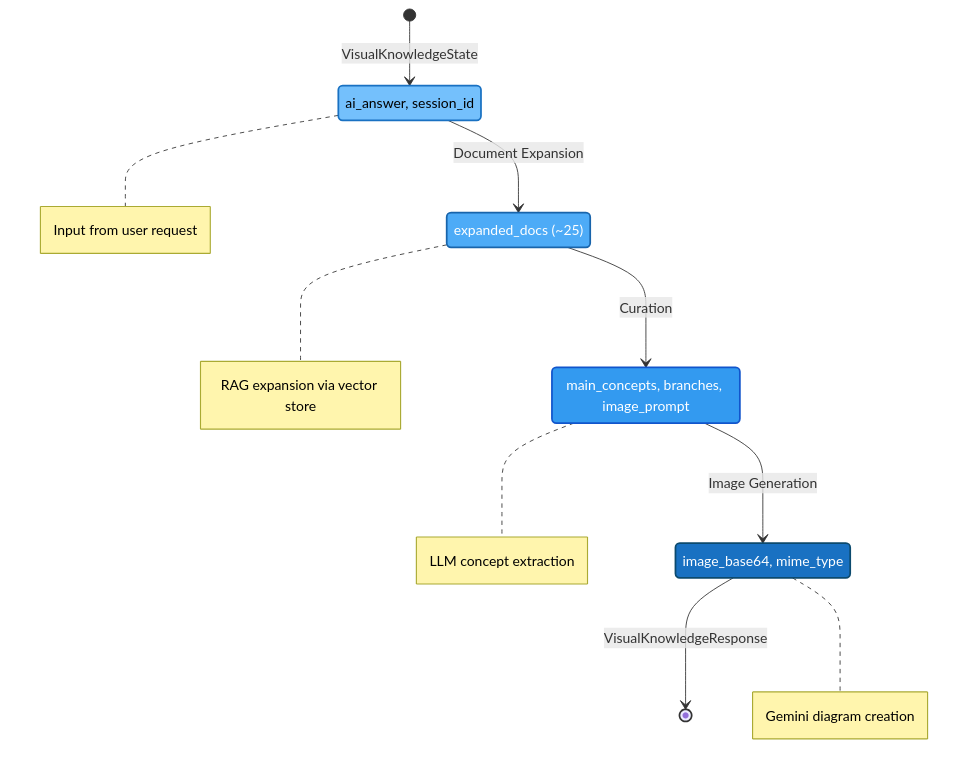
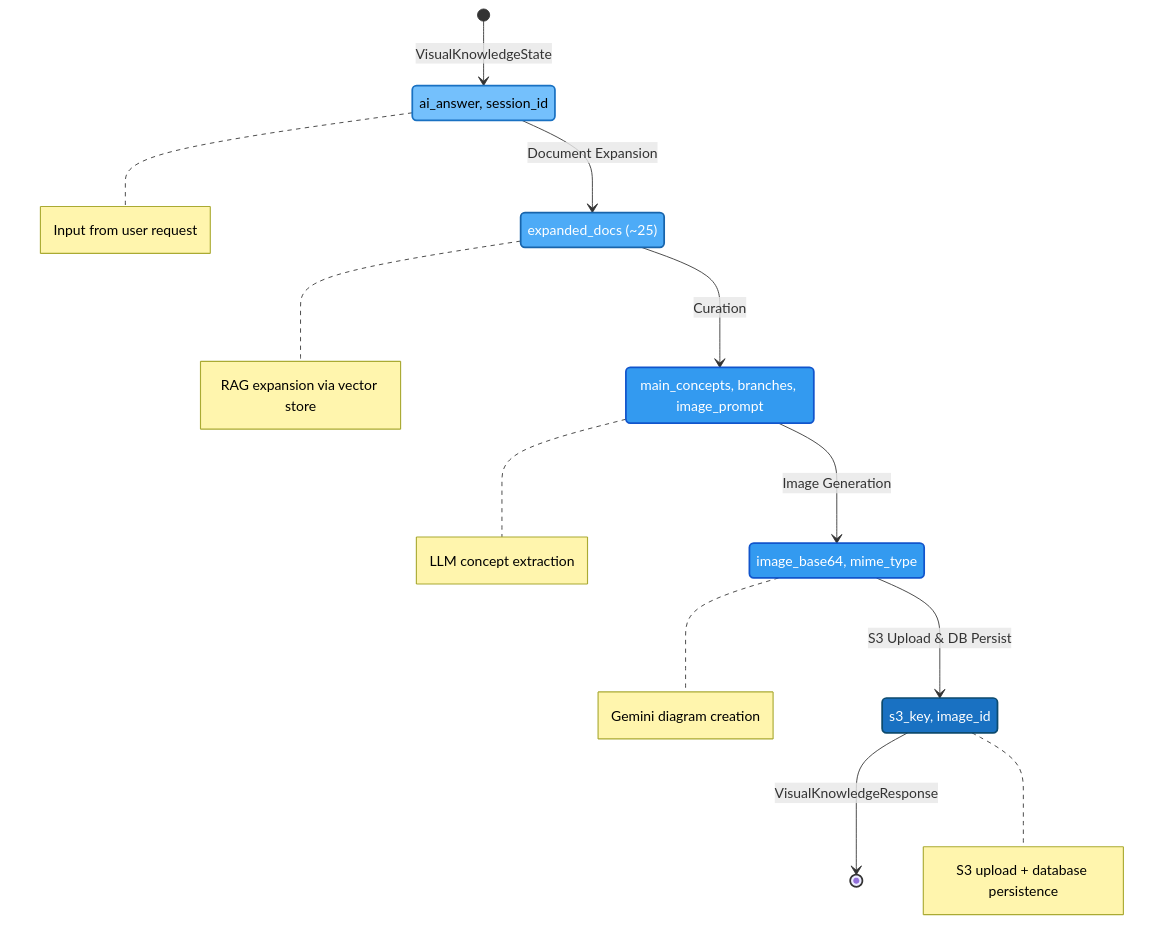
One commit to h19overflow/Student_Helper changed the seventh of 8 diagrams in backend/core/agentic_system/visual_knowledge_agent/README.md. Above: the diagram before and after it, drawn with Mermaid. The commit also changed other lines of this file, not shown here.

````diff
--- a/backend/core/agentic_system/visual_knowledge_agent/README.md
+++ b/backend/core/agentic_system/visual_knowledge_agent/README.md
@@ -694,37 +937,45 @@
 ```mermaid
 stateDiagram-v2
     [*] --> Initial: VisualKnowledgeState
     Initial: ai_answer, session_id
 
     Initial --> Expanded: Document Expansion
     Expanded: expanded_docs (~25)
 
     Expanded --> Curated: Curation
     Curated: main_concepts, branches, image_prompt
 
     Curated --> Generated: Image Generation
     Generated: image_base64, mime_type
 
-    Generated --> [*]: VisualKnowledgeResponse
+    Generated --> Persisted: S3 Upload & DB Persist
+    Persisted: s3_key, image_id
+
+    Persisted --> [*]: VisualKnowledgeResponse
 
     note right of Initial
         Input from user request
     end note
 
     note right of Expanded
         RAG expansion via vector store
     end note
 
     note right of Curated
         LLM concept extraction
     end note
 
     note right of Generated
         Gemini diagram creation
     end note
 
+    note right of Persisted
+        S3 upload + database persistence
+    end note
+
     style Initial fill:#74c0fc,color:#000,stroke:#1971c2,stroke-width:2px
     style Expanded fill:#4dabf7,color:#fff,stroke:#1864ab,stroke-width:2px
     style Curated fill:#339af0,color:#fff,stroke:#1155cc,stroke-width:2px
-    style Generated fill:#1971c2,color:#fff,stroke:#0c4a6e,stroke-width:2px
+    style Generated fill:#339af0,color:#fff,stroke:#1155cc,stroke-width:2px
+    style Persisted fill:#1971c2,color:#fff,stroke:#0c4a6e,stroke-width:2px
 ```
````
